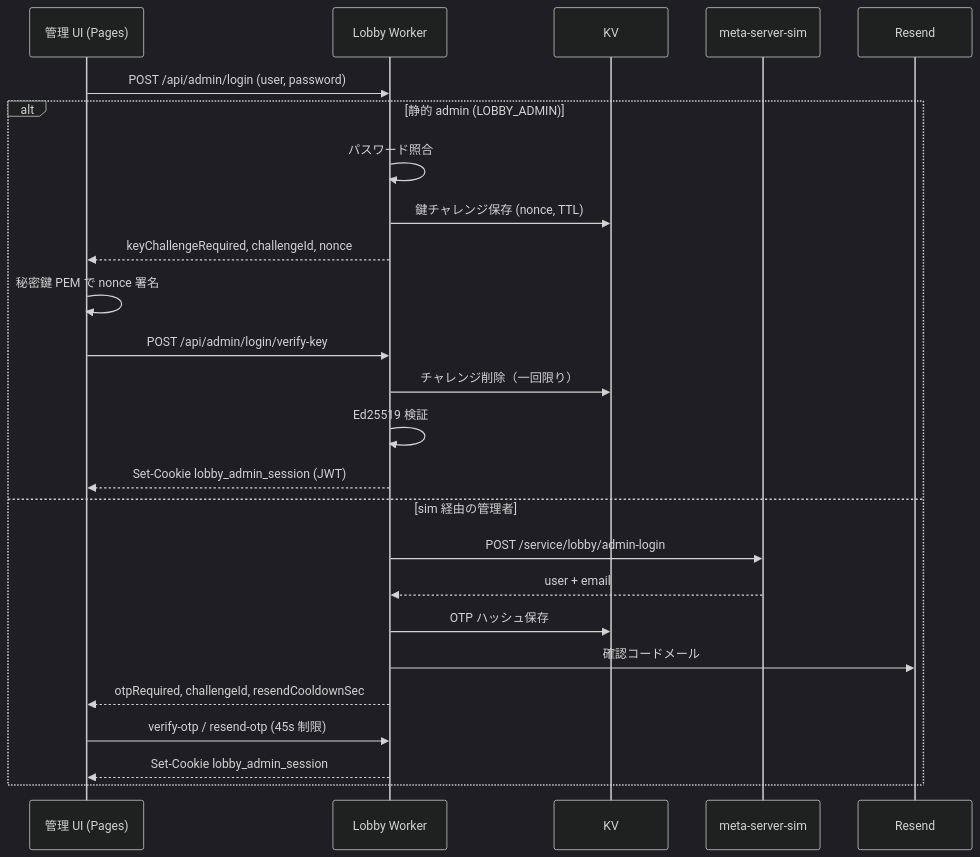
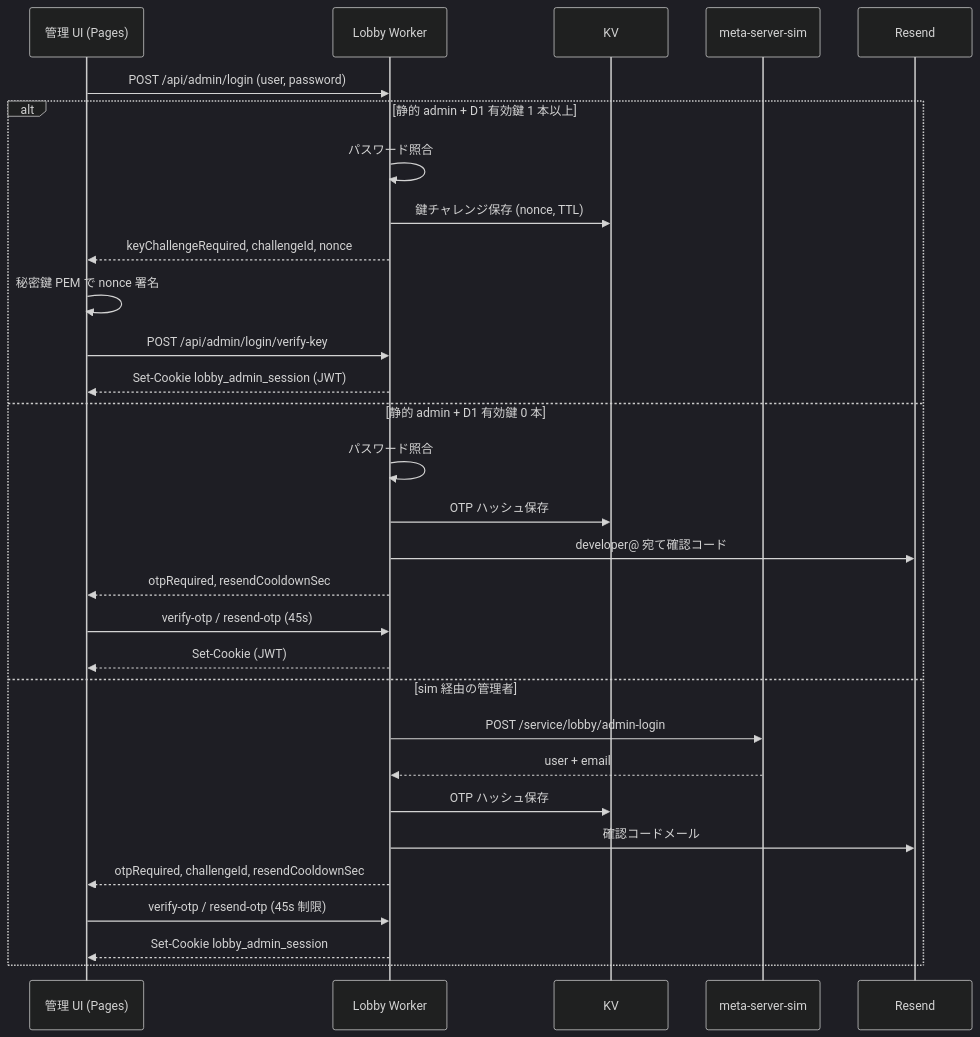
Before and after one commit to nagi5611/meta-server-sim: the diagram in docs/admin-second-factor-design.md, drawn with Mermaid (dark theme). The commit also changed other lines of this file and 7 other files, not shown here.

First line of the commit message:
feat(lobby-admin): email OTP fallback when zero D1 Ed25519 keys

````diff
--- a/docs/admin-second-factor-design.md
+++ b/docs/admin-second-factor-design.md
@@ -25,28 +27,33 @@
 ```mermaid
 sequenceDiagram
   participant UI as 管理 UI (Pages)
   participant W as Lobby Worker
   participant KV as KV
   participant Sim as meta-server-sim
   participant R as Resend
 
   UI->>W: POST /api/admin/login (user, password)
-  alt 静的 admin (LOBBY_ADMIN)
+  alt 静的 admin + D1 有効鍵 1 本以上
     W->>W: パスワード照合
     W->>KV: 鍵チャレンジ保存 (nonce, TTL)
     W-->>UI: keyChallengeRequired, challengeId, nonce
     UI->>UI: 秘密鍵 PEM で nonce 署名
     UI->>W: POST /api/admin/login/verify-key
-    W->>KV: チャレンジ削除（一回限り）
-    W->>W: Ed25519 検証
     W-->>UI: Set-Cookie lobby_admin_session (JWT)
+  else 静的 admin + D1 有効鍵 0 本
+    W->>W: パスワード照合
+    W->>KV: OTP ハッシュ保存
+    W->>R: developer@ 宛て確認コード
+    W-->>UI: otpRequired, resendCooldownSec
+    UI->>W: verify-otp / resend-otp (45s)
+    W-->>UI: Set-Cookie (JWT)
   else sim 経由の管理者
     W->>Sim: POST /service/lobby/admin-login
     Sim-->>W: user + email
     W->>KV: OTP ハッシュ保存
     W->>R: 確認コードメール
     W-->>UI: otpRequired, challengeId, resendCooldownSec
     UI->>W: verify-otp / resend-otp (45s 制限)
     W-->>UI: Set-Cookie lobby_admin_session
   end
 ```
````
